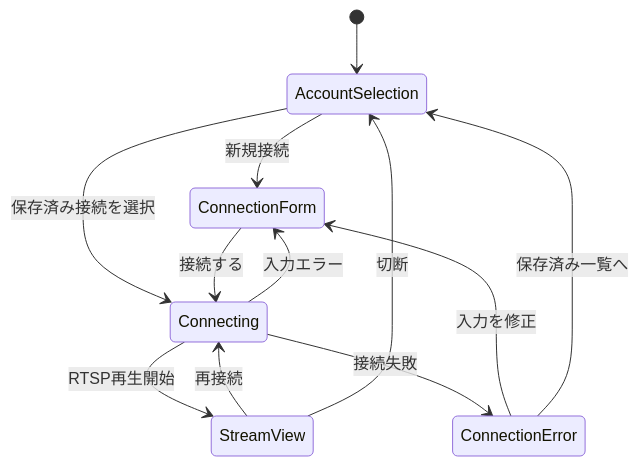
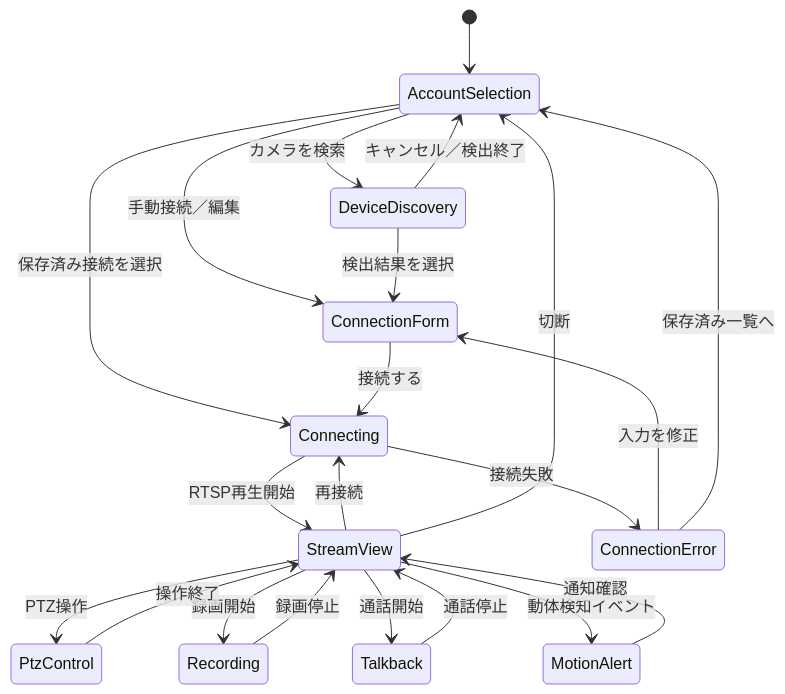
Before and after one commit to 0x6d61/tapo_c210_client: the diagram in docs/design/streaming-login.md, drawn with Mermaid. The commit also changed other lines of this file, not shown here.

Commit message:
docs: expand C210 camera control scope

````diff
--- a/docs/design/streaming-login.md
+++ b/docs/design/streaming-login.md
@@ -65,14 +104,24 @@
 ```mermaid
 stateDiagram-v2
     [*] --> AccountSelection
-    AccountSelection --> ConnectionForm: 新規接続
+    AccountSelection --> DeviceDiscovery: カメラを検索
+    AccountSelection --> ConnectionForm: 手動接続／編集
     AccountSelection --> Connecting: 保存済み接続を選択
+    DeviceDiscovery --> ConnectionForm: 検出結果を選択
+    DeviceDiscovery --> AccountSelection: キャンセル／検出終了
     ConnectionForm --> Connecting: 接続する
     Connecting --> StreamView: RTSP再生開始
-    Connecting --> ConnectionForm: 入力エラー
     Connecting --> ConnectionError: 接続失敗
     ConnectionError --> ConnectionForm: 入力を修正
     ConnectionError --> AccountSelection: 保存済み一覧へ
+    StreamView --> PtzControl: PTZ操作
+    StreamView --> Recording: 録画開始
+    StreamView --> Talkback: 通話開始
+    StreamView --> MotionAlert: 動体検知イベント
+    PtzControl --> StreamView: 操作終了
+    Recording --> StreamView: 録画停止
+    Talkback --> StreamView: 通話停止
+    MotionAlert --> StreamView: 通知確認
     StreamView --> Connecting: 再接続
     StreamView --> AccountSelection: 切断
 ```
````
